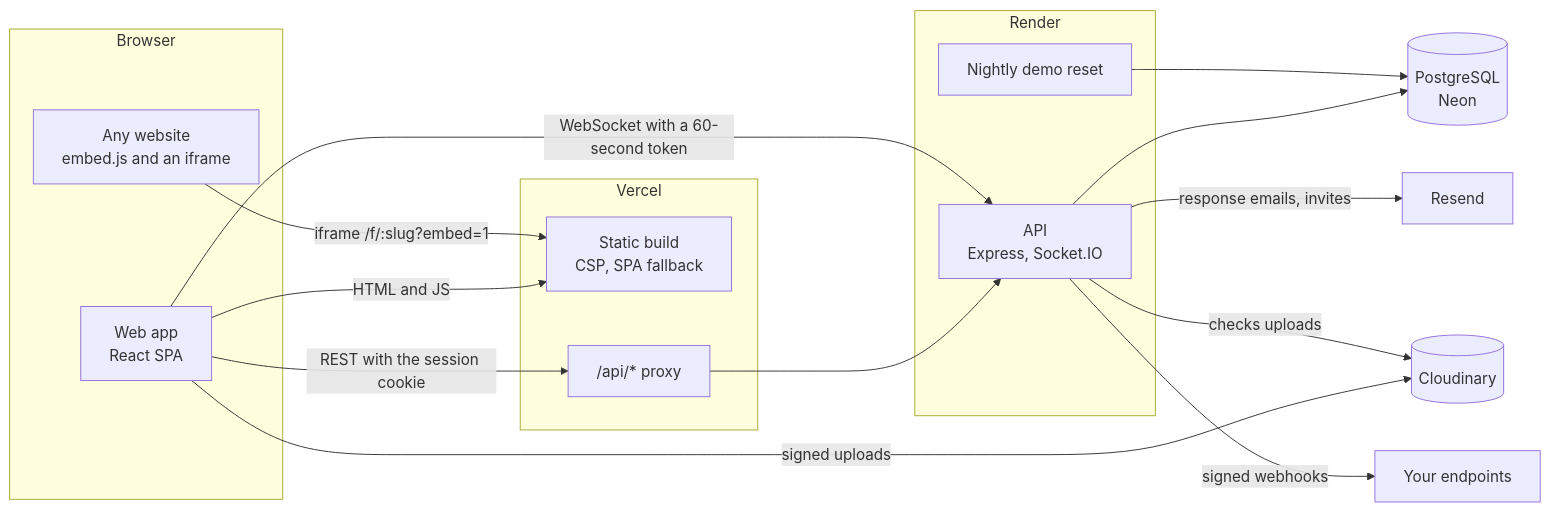
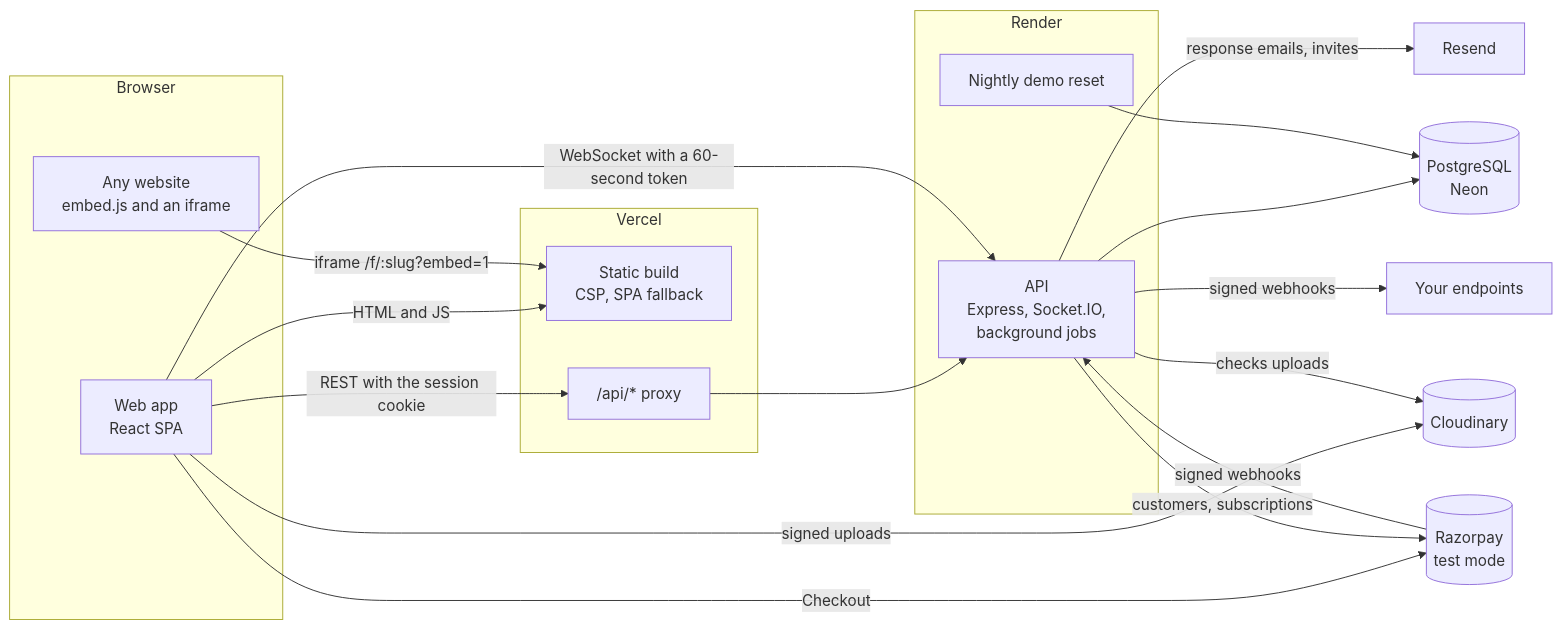
Before and after one commit to sriswasthik/Formyx: the diagram in README.md, drawn with Mermaid. The commit also changed other lines of this file and 1 other file, not shown here.

First line of the commit message:
docs: billing, testing it locally, and a staging API where plans are enforced

````diff
--- a/README.md
+++ b/README.md
@@ -37,28 +37,32 @@
 ```mermaid
 flowchart LR
   subgraph Browser
     App["Web app<br/>React SPA"]
     Host["Any website<br/>embed.js and an iframe"]
   end
   subgraph Vercel
     Static["Static build<br/>CSP, SPA fallback"]
     Proxy["/api/* proxy"]
   end
   subgraph Render
-    API["API<br/>Express, Socket.IO"]
+    API["API<br/>Express, Socket.IO,<br/>background jobs"]
     Cron["Nightly demo reset"]
   end
   DB[("PostgreSQL<br/>Neon")]
   Cloudinary[("Cloudinary")]
+  Razorpay[("Razorpay<br/>test mode")]
 
   App -- "HTML and JS" --> Static
   App -- "REST with the session cookie" --> Proxy --> API
   App -- "WebSocket with a 60-second token" --> API
   App -- "signed uploads" --> Cloudinary
+  App -- "Checkout" --> Razorpay
   Host -- "iframe /f/:slug?embed=1" --> Static
   API --> DB
   Cron --> DB
   API -- "checks uploads" --> Cloudinary
   API -- "response emails, invites" --> Resend
   API -- "signed webhooks" --> Hooks["Your endpoints"]
+  API -- "customers, subscriptions" --> Razorpay
+  Razorpay -- "signed webhooks" --> API
 ```
````
